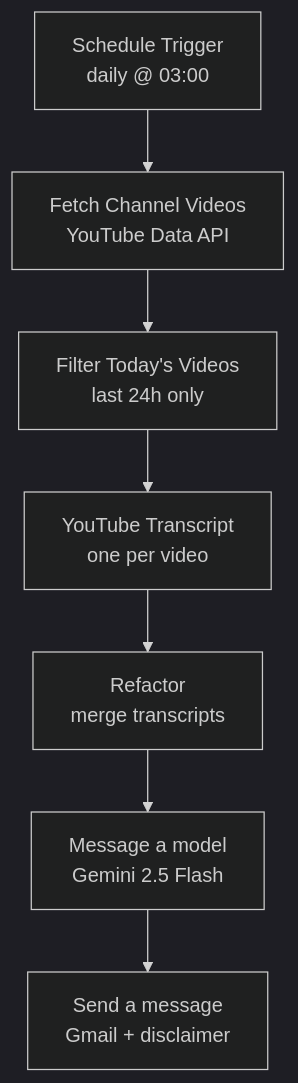
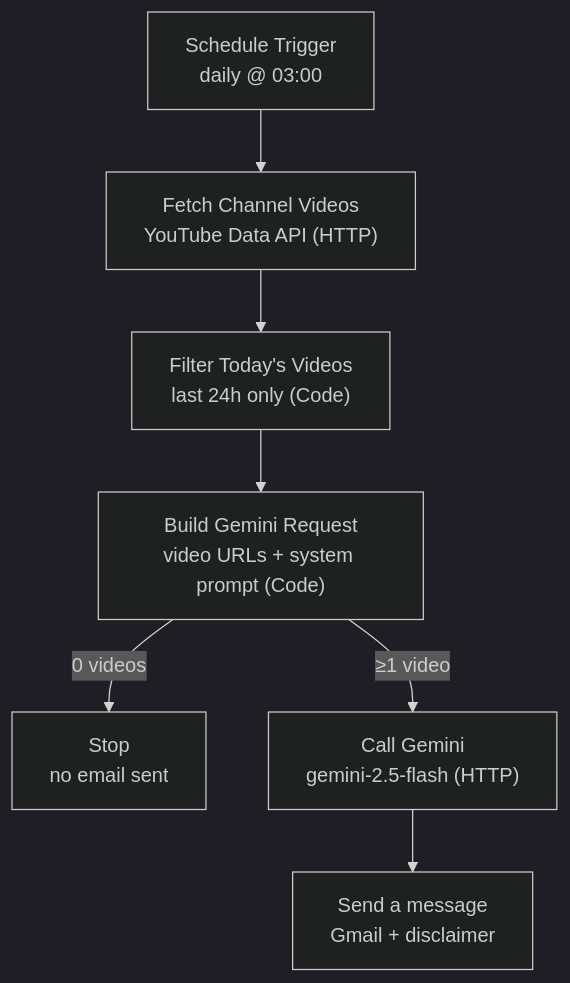
The diagram in README.md (karankhatavkar/premarket-brief), drawn with Mermaid (dark theme) before and after one commit. The commit also changed other lines of this file, not shown here.

````diff
--- a/README.md
+++ b/README.md
@@ -13,9 +13,9 @@
 ```mermaid
 flowchart TD
-    A["Schedule Trigger<br/>daily @ 03:00"] --> B["Fetch Channel Videos<br/>YouTube Data API"]
-    B --> C["Filter Today's Videos<br/>last 24h only"]
-    C --> D["YouTube Transcript<br/>one per video"]
-    D --> E["Refactor<br/>merge transcripts"]
-    E --> F["Message a model<br/>Gemini 2.5 Flash"]
-    F --> G["Send a message<br/>Gmail + disclaimer"]
+    A["Schedule Trigger<br/>daily @ 03:00"] --> B["Fetch Channel Videos<br/>YouTube Data API (HTTP)"]
+    B --> C["Filter Today's Videos<br/>last 24h only (Code)"]
+    C --> D["Build Gemini Request<br/>video URLs + system prompt (Code)"]
+    D -->|"0 videos"| X["Stop<br/>no email sent"]
+    D -->|"&ge;1 video"| E["Call Gemini<br/>gemini-2.5-flash (HTTP)"]
+    E --> F["Send a message<br/>Gmail + disclaimer"]
 ```
````
